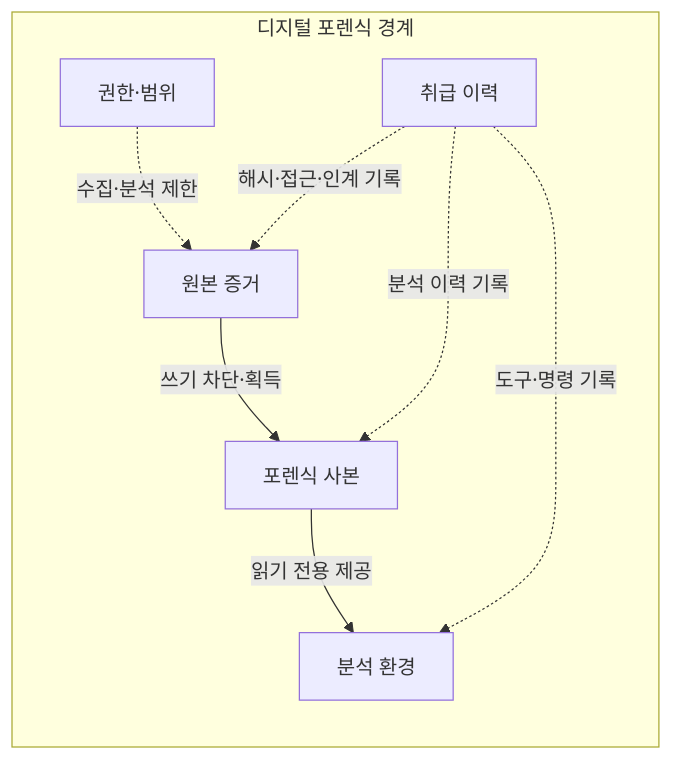
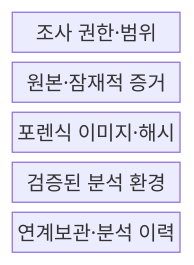
Before and after one commit to agnusdei1207/knowledge-base: the first of 2 diagrams in src/content/docs/notes/05-security/114_digital_forensics.md, drawn with Mermaid. The commit also changed other lines of this file and 5 other files, not shown here.

````diff
--- a/src/content/docs/notes/05-security/114_digital_forensics.md
+++ b/src/content/docs/notes/05-security/114_digital_forensics.md
@@ -51,11 +52,9 @@
 ```mermaid
-flowchart LR
-  subgraph DF["디지털 포렌식 경계"]
-    A["권한·범위"] -. "수집·분석 제한" .-> O["원본 증거"]
-    O -->|"쓰기 차단·획득"| C["포렌식 사본"]
-    C -->|"읽기 전용 제공"| E["분석 환경"]
-    H["취급 이력"] -. "해시·접근·인계 기록" .-> O
-    H -. "분석 이력 기록" .-> C
-    H -. "도구·명령 기록" .-> E
-  end
+block-beta
+  columns 1
+  A["조사 권한·범위"]
+  O["원본·잠재적 증거"]
+  C["포렌식 이미지·해시"]
+  E["검증된 분석 환경"]
+  H["연계보관·분석 이력"]
 ```
````
